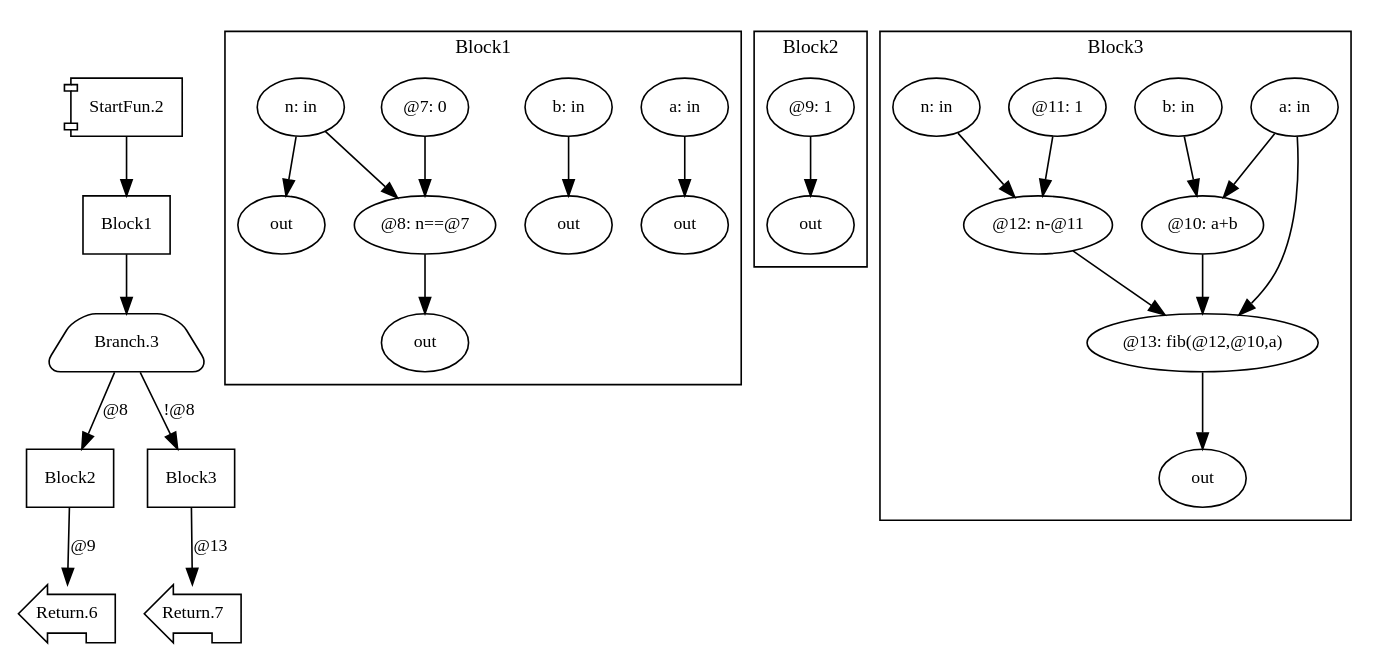
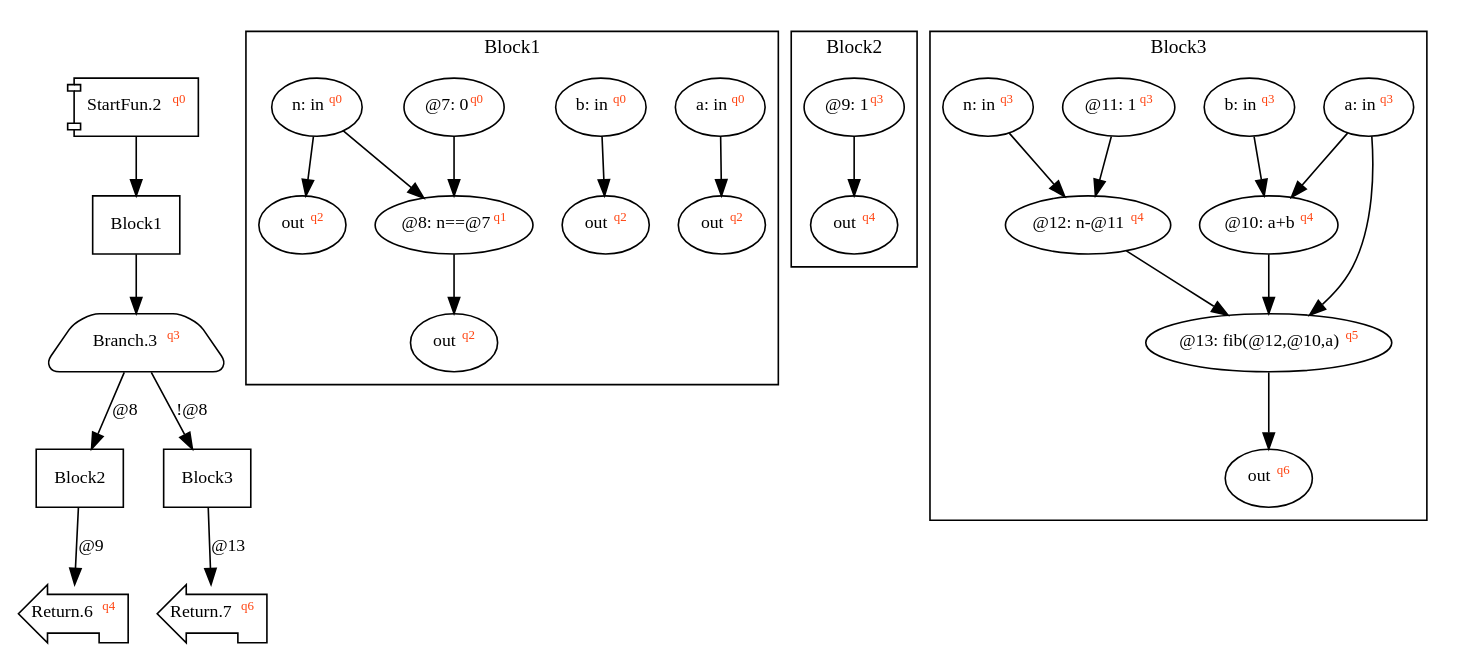
The diagram in dist/fib.dot (akouryy/SyntheScala), drawn with Graphviz before and after one commit. The commit also changed 8 other files, not shown here.

Commit message:
Fix GorgeousScheduler and improve GraphDrawer

```diff
--- a/dist/fib.dot
+++ b/dist/fib.dot
@@ -1,30 +1,30 @@
 digraph Program_ {
 graph [fontname = "Monaco", fontsize = 12, ranksep = 0.5];
 node [shape = box, fontname = "Monaco", fontsize = 11; colorscheme = pastel19];
 edge [fontname = "Monaco", fontsize = 11; colorscheme = pastel19];
-Jump2[label = "StartFun.2"; shape = component];
+Jump2[label = <StartFun.2<font color="#ff4411" point-size="8"><sup>q0</sup></font>>; shape = component];
 Jump2 -> Block1;
 Jump3[
-  label = "Branch.3";
+  label = <Branch.3<font color="#ff4411" point-size="8"><sup>q3</sup></font>>;
   shape = trapezium; style = rounded;
 ];
 Block1 -> Jump3;
 Jump3 -> Block2 [label="@8"];
 Jump3 -> Block3 [label="!@8"];
-Jump6[label = "Return.6"; shape = lpromoter];
+Jump6[label = <Return.6<font color="#ff4411" point-size="8"><sup>q4</sup></font>>; shape = lpromoter];
 Block2 -> Jump6 [label="@9"];
-Jump7[label = "Return.7"; shape = lpromoter];
+Jump7[label = <Return.7<font color="#ff4411" point-size="8"><sup>q6</sup></font>>; shape = lpromoter];
 Block3 -> Jump7 [label="@13"];
 Block1 [label = "Block1"];
 Block2 [label = "Block2"];
 Block3 [label = "Block3"];
 subgraph cluster_dfg_Block1{
 node [shape = oval];
 label = "Block1";
-ndBlock1_0 [label="out"];ndBlock1_1 [label="@8: n==@7"];ndBlock1_2 [label="out"];ndBlock1_3 [label="a: in"];ndBlock1_4 [label="b: in"];ndBlock1_5 [label="out"];ndBlock1_6 [label="out"];ndBlock1_7 [label="@7: 0"];ndBlock1_8 [label="n: in"];ndBlock1_4 -> ndBlock1_2; ndBlock1_7 -> ndBlock1_1; ndBlock1_8 -> ndBlock1_1; ndBlock1_8 -> ndBlock1_5; ndBlock1_3 -> ndBlock1_6; ndBlock1_1 -> ndBlock1_0; }subgraph cluster_dfg_Block2{
+ndBlock1_0 [label=<out<font color="#ff4411" point-size="8"><sup>q2</sup></font>>];ndBlock1_1 [label=<@8: n==@7<font color="#ff4411" point-size="8"><sup>q1</sup></font>>];ndBlock1_2 [label=<out<font color="#ff4411" point-size="8"><sup>q2</sup></font>>];ndBlock1_3 [label=<a: in<font color="#ff4411" point-size="8"><sup>q0</sup></font>>];ndBlock1_4 [label=<b: in<font color="#ff4411" point-size="8"><sup>q0</sup></font>>];ndBlock1_5 [label=<out<font color="#ff4411" point-size="8"><sup>q2</sup></font>>];ndBlock1_6 [label=<out<font color="#ff4411" point-size="8"><sup>q2</sup></font>>];ndBlock1_7 [label=<@7: 0<font color="#ff4411" point-size="8"><sup>q0</sup></font>>];ndBlock1_8 [label=<n: in<font color="#ff4411" point-size="8"><sup>q0</sup></font>>];ndBlock1_4 -> ndBlock1_2; ndBlock1_7 -> ndBlock1_1; ndBlock1_8 -> ndBlock1_1; ndBlock1_8 -> ndBlock1_5; ndBlock1_3 -> ndBlock1_6; ndBlock1_1 -> ndBlock1_0; }subgraph cluster_dfg_Block2{
 node [shape = oval];
 label = "Block2";
-ndBlock2_0 [label="@9: 1"];ndBlock2_1 [label="out"];ndBlock2_0 -> ndBlock2_1; }subgraph cluster_dfg_Block3{
+ndBlock2_0 [label=<@9: 1<font color="#ff4411" point-size="8"><sup>q3</sup></font>>];ndBlock2_1 [label=<out<font color="#ff4411" point-size="8"><sup>q4</sup></font>>];ndBlock2_0 -> ndBlock2_1; }subgraph cluster_dfg_Block3{
 node [shape = oval];
 label = "Block3";
-ndBlock3_0 [label="a: in"];ndBlock3_1 [label="b: in"];ndBlock3_2 [label="@10: a+b"];ndBlock3_3 [label="out"];ndBlock3_4 [label="@11: 1"];ndBlock3_5 [label="@12: n-@11"];ndBlock3_6 [label="@13: fib(@12,@10,a)"];ndBlock3_7 [label="n: in"];ndBlock3_4 -> ndBlock3_5; ndBlock3_7 -> ndBlock3_5; ndBlock3_0 -> ndBlock3_6; ndBlock3_2 -> ndBlock3_6; ndBlock3_5 -> ndBlock3_6; ndBlock3_0 -> ndBlock3_2; ndBlock3_1 -> ndBlock3_2; ndBlock3_6 -> ndBlock3_3; }}
+ndBlock3_0 [label=<a: in<font color="#ff4411" point-size="8"><sup>q3</sup></font>>];ndBlock3_1 [label=<b: in<font color="#ff4411" point-size="8"><sup>q3</sup></font>>];ndBlock3_2 [label=<@10: a+b<font color="#ff4411" point-size="8"><sup>q4</sup></font>>];ndBlock3_3 [label=<out<font color="#ff4411" point-size="8"><sup>q6</sup></font>>];ndBlock3_4 [label=<@11: 1<font color="#ff4411" point-size="8"><sup>q3</sup></font>>];ndBlock3_5 [label=<@12: n-@11<font color="#ff4411" point-size="8"><sup>q4</sup></font>>];ndBlock3_6 [label=<@13: fib(@12,@10,a)<font color="#ff4411" point-size="8"><sup>q5</sup></font>>];ndBlock3_7 [label=<n: in<font color="#ff4411" point-size="8"><sup>q3</sup></font>>];ndBlock3_4 -> ndBlock3_5; ndBlock3_7 -> ndBlock3_5; ndBlock3_0 -> ndBlock3_6; ndBlock3_2 -> ndBlock3_6; ndBlock3_5 -> ndBlock3_6; ndBlock3_0 -> ndBlock3_2; ndBlock3_1 -> ndBlock3_2; ndBlock3_6 -> ndBlock3_3; }}
```
